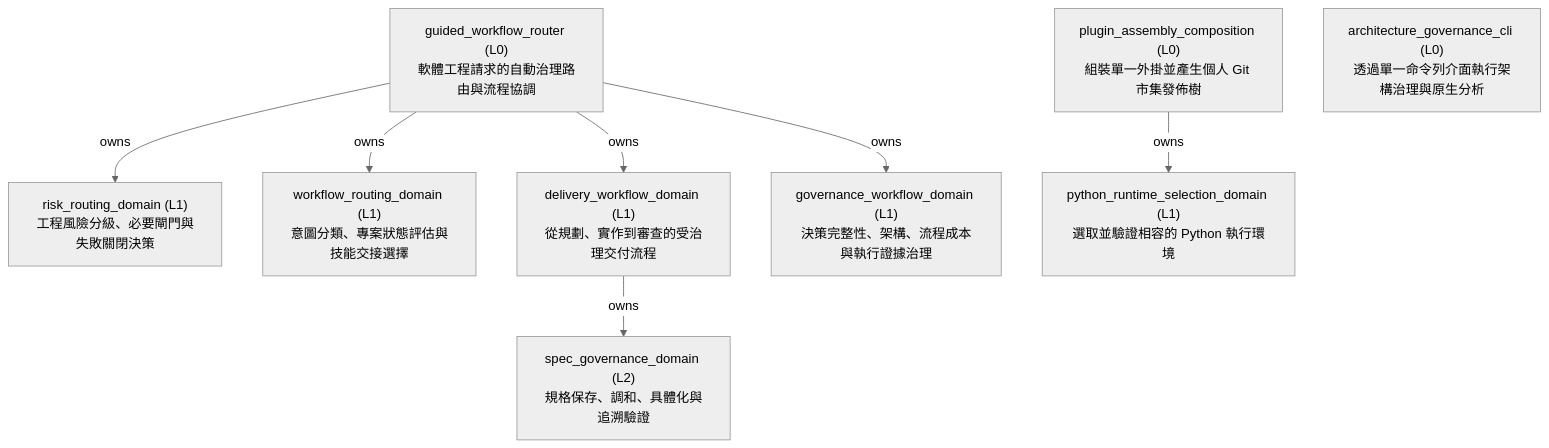
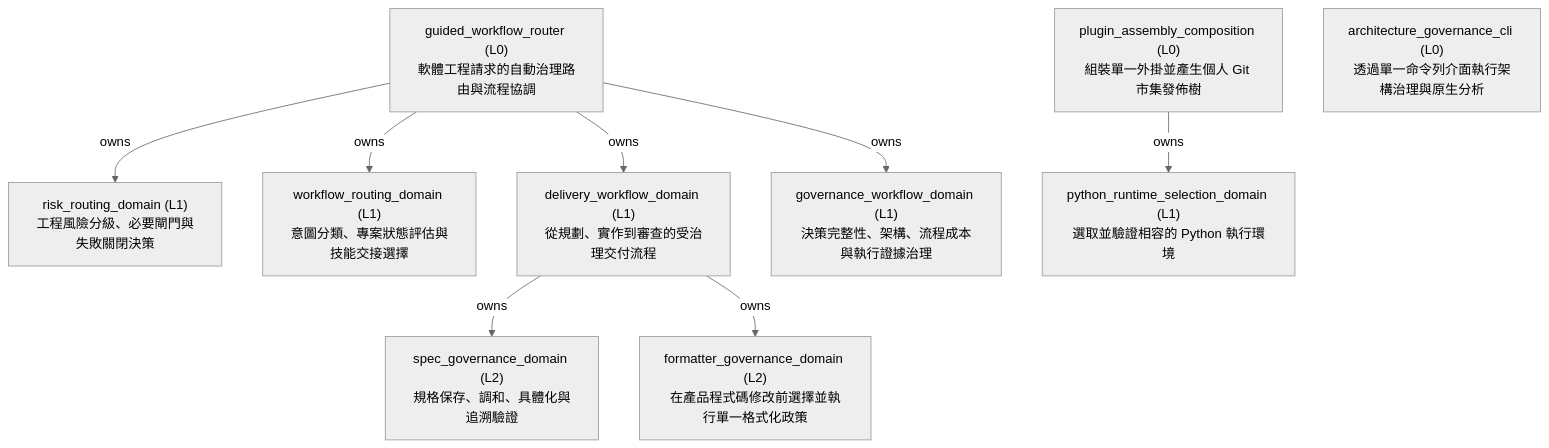
Before and after one commit to ShinWeiPeng/skills: the first of 2 diagrams in architecture/ARCHITECTURE.md, drawn with Mermaid (neutral theme). The commit also changed other lines of this file and 27 other files, not shown here.

Commit message:
feat: add formatter governance

````diff
--- a/architecture/ARCHITECTURE.md
+++ b/architecture/ARCHITECTURE.md
@@ -19,18 +19,20 @@
 ```mermaid
 flowchart TD
     n_guided_workflow_router["guided_workflow_router (L0)<br/>軟體工程請求的自動治理路由與流程協調"]
     n_risk_routing_domain["risk_routing_domain (L1)<br/>工程風險分級、必要閘門與失敗關閉決策"]
     n_workflow_routing_domain["workflow_routing_domain (L1)<br/>意圖分類、專案狀態評估與技能交接選擇"]
     n_delivery_workflow_domain["delivery_workflow_domain (L1)<br/>從規劃、實作到審查的受治理交付流程"]
     n_spec_governance_domain["spec_governance_domain (L2)<br/>規格保存、調和、具體化與追溯驗證"]
+    n_formatter_governance_domain["formatter_governance_domain (L2)<br/>在產品程式碼修改前選擇並執行單一格式化政策"]
     n_governance_workflow_domain["governance_workflow_domain (L1)<br/>決策完整性、架構、流程成本與執行證據治理"]
     n_plugin_assembly_composition["plugin_assembly_composition (L0)<br/>組裝單一外掛並產生個人 Git 市集發佈樹"]
     n_python_runtime_selection_domain["python_runtime_selection_domain (L1)<br/>選取並驗證相容的 Python 執行環境"]
     n_architecture_governance_cli["architecture_governance_cli (L0)<br/>透過單一命令列介面執行架構治理與原生分析"]
     n_guided_workflow_router -->|owns| n_risk_routing_domain
     n_guided_workflow_router -->|owns| n_workflow_routing_domain
     n_guided_workflow_router -->|owns| n_delivery_workflow_domain
     n_delivery_workflow_domain -->|owns| n_spec_governance_domain
+    n_delivery_workflow_domain -->|owns| n_formatter_governance_domain
     n_guided_workflow_router -->|owns| n_governance_workflow_domain
     n_plugin_assembly_composition -->|owns| n_python_runtime_selection_domain
 ```
````
